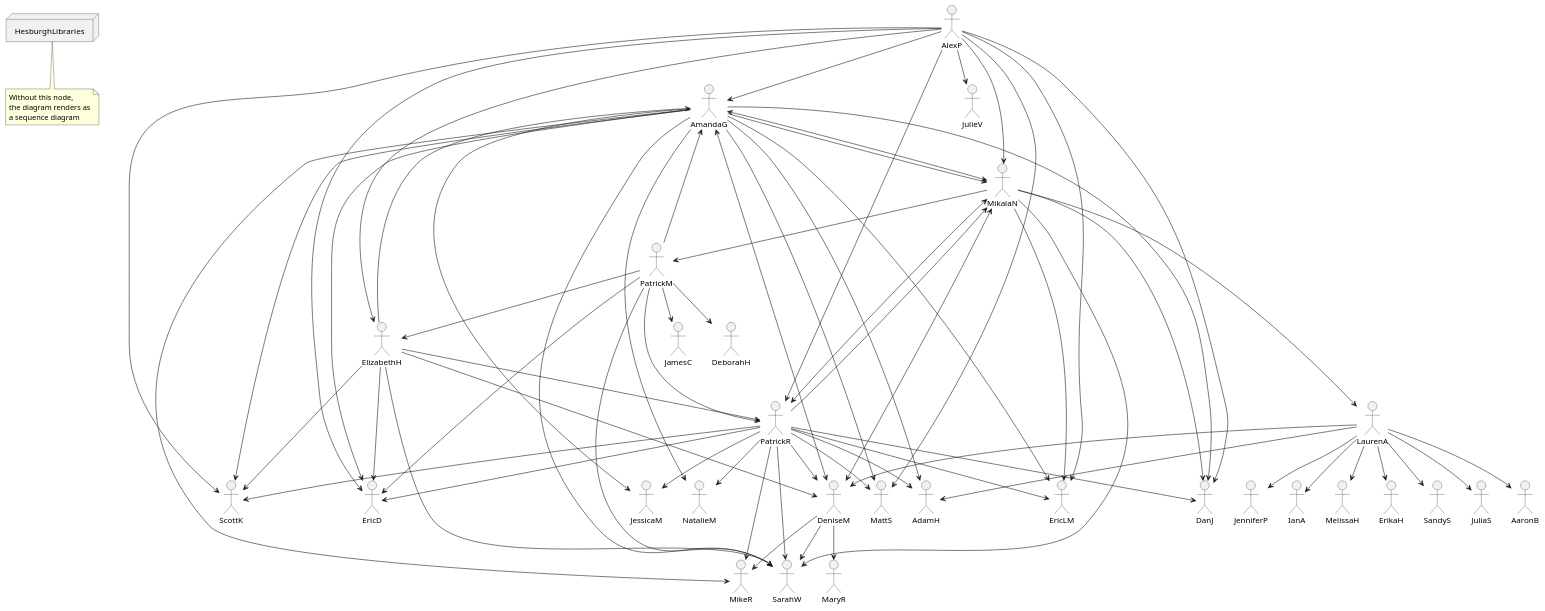
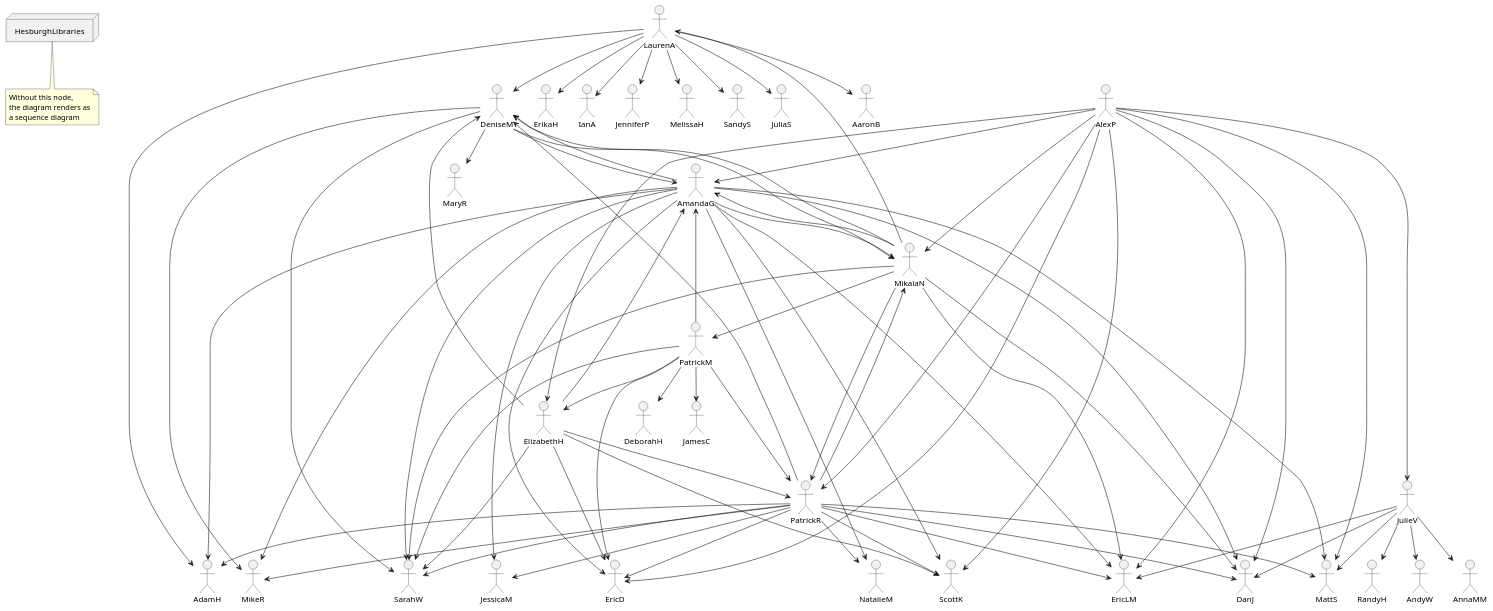
Before and after one commit to ndlib/dam-ecosystem-mapping: the diagram in plantuml/people.puml, drawn with PlantUML. The commit also changed 3 other files, not shown here.

```diff
--- a/plantuml/people.puml
+++ b/plantuml/people.puml
@@ -3,99 +3,110 @@
 @startuml
 node HesburghLibraries
 note bottom of HesburghLibraries
   Without this node,
   the diagram renders as
   a sequence diagram
 end note
 
 actor AaronB
 actor AdamH
 actor AlexP
 actor AmandaG
+actor AnnaMM
 actor DanJ
 actor DeborahH
 actor DeniseM
 actor ElizabethH
 actor EricD
 actor EricLM
+actor ErikaH
+actor IanA
 actor JamesC
 actor JenniferP
 actor JulieV
-actor IanA
 actor LaurenA
 actor MelissaH
 actor MikalaN
 actor PatrickM
-actor ErikaH
 actor PatrickR
+actor RandyH
 actor SandyS
 actor SarahW
 
 AlexP --> AmandaG
 AlexP --> DanJ
 AlexP --> ElizabethH
 AlexP --> EricD
 AlexP --> EricLM
 AlexP --> JulieV
 AlexP --> MattS
 AlexP --> MikalaN
 AlexP --> PatrickR
 AlexP --> ScottK
 AmandaG --> AdamH
 AmandaG --> DanJ
-AmandaG <--> DeniseM
+AmandaG --> DeniseM
 AmandaG --> EricD
 AmandaG --> EricLM
 AmandaG --> JessicaM
 AmandaG --> MattS
 AmandaG --> MikalaN
 AmandaG --> MikeR
 AmandaG --> NatalieM
 AmandaG --> SarahW
 AmandaG --> ScottK
+DeniseM --> AmandaG
 DeniseM --> MaryR
+DeniseM --> MikalaN
 DeniseM --> MikeR
 DeniseM --> SarahW
 ElizabethH --> AmandaG
-ElizabethH --> PatrickR
-ElizabethH --> ScottK
-ElizabethH --> SarahW
 ElizabethH --> DeniseM
 ElizabethH --> EricD
+ElizabethH --> PatrickR
+ElizabethH --> SarahW
+ElizabethH --> ScottK
+JulieV --> AndyW
+JulieV --> AnnaMM
+JulieV --> DanJ
+JulieV --> EricLM
+JulieV --> MattS
+JulieV --> RandyH
 LaurenA --> AaronB
 LaurenA --> AdamH
 LaurenA --> DeniseM
+LaurenA --> ErikaH
+LaurenA --> IanA
 LaurenA --> JenniferP
 LaurenA --> JuliaS
-LaurenA --> ErikaH
 LaurenA --> MelissaH
-LaurenA --> IanA
 LaurenA --> SandyS
+MikalaN --> AmandaG
 MikalaN --> DanJ
-MikalaN <--> DeniseM
+MikalaN --> DeniseM
 MikalaN --> EricLM
 MikalaN --> LaurenA
 MikalaN --> PatrickM
+MikalaN --> PatrickR
 MikalaN --> SarahW
-MikalaN <--> AmandaG
-MikalaN <--> PatrickR
 PatrickM --> AmandaG
 PatrickM --> DeborahH
 PatrickM --> ElizabethH
 PatrickM --> EricD
 PatrickM --> JamesC
 PatrickM --> PatrickR
 PatrickM --> SarahW
 PatrickR --> AdamH
 PatrickR --> DanJ
 PatrickR --> DeniseM
 PatrickR --> EricD
 PatrickR --> EricLM
 PatrickR --> JessicaM
 PatrickR --> MattS
 PatrickR --> MikalaN
 PatrickR --> MikeR
 PatrickR --> NatalieM
 PatrickR --> SarahW
 PatrickR --> ScottK
+
 @enduml
```
